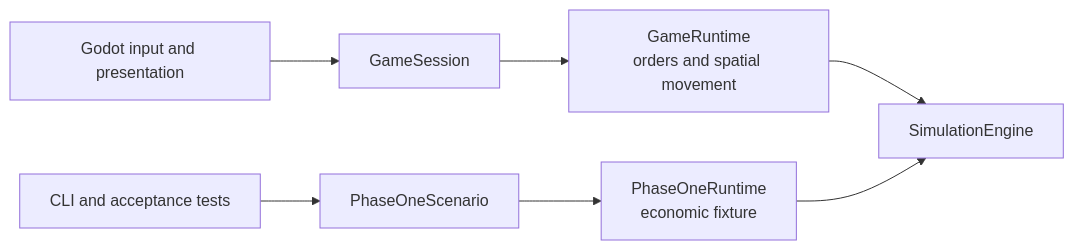
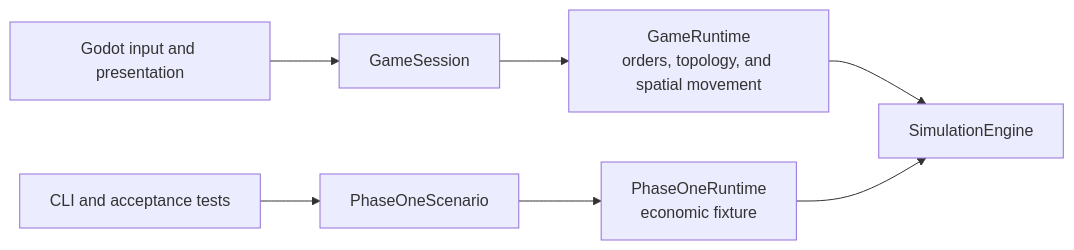
One commit to Elec0/galaxy-simulator changed the diagram in docs/simulation-architecture.md. Above: the diagram before and after it, drawn with Mermaid. The commit also changed other lines of this file and 17 other files, not shown here.

````diff
--- a/docs/simulation-architecture.md
+++ b/docs/simulation-architecture.md
@@ -53,9 +53,9 @@
 ```mermaid
 flowchart LR
     godot["Godot input and presentation"] --> session["GameSession"]
-    session --> game["GameRuntime<br/>orders and spatial movement"]
+    session --> game["GameRuntime<br/>orders, topology, and spatial movement"]
     cli["CLI and acceptance tests"] --> scenario["PhaseOneScenario"]
     scenario --> phase_one["PhaseOneRuntime<br/>economic fixture"]
     game --> engine["SimulationEngine"]
     phase_one --> engine
 ```
````
